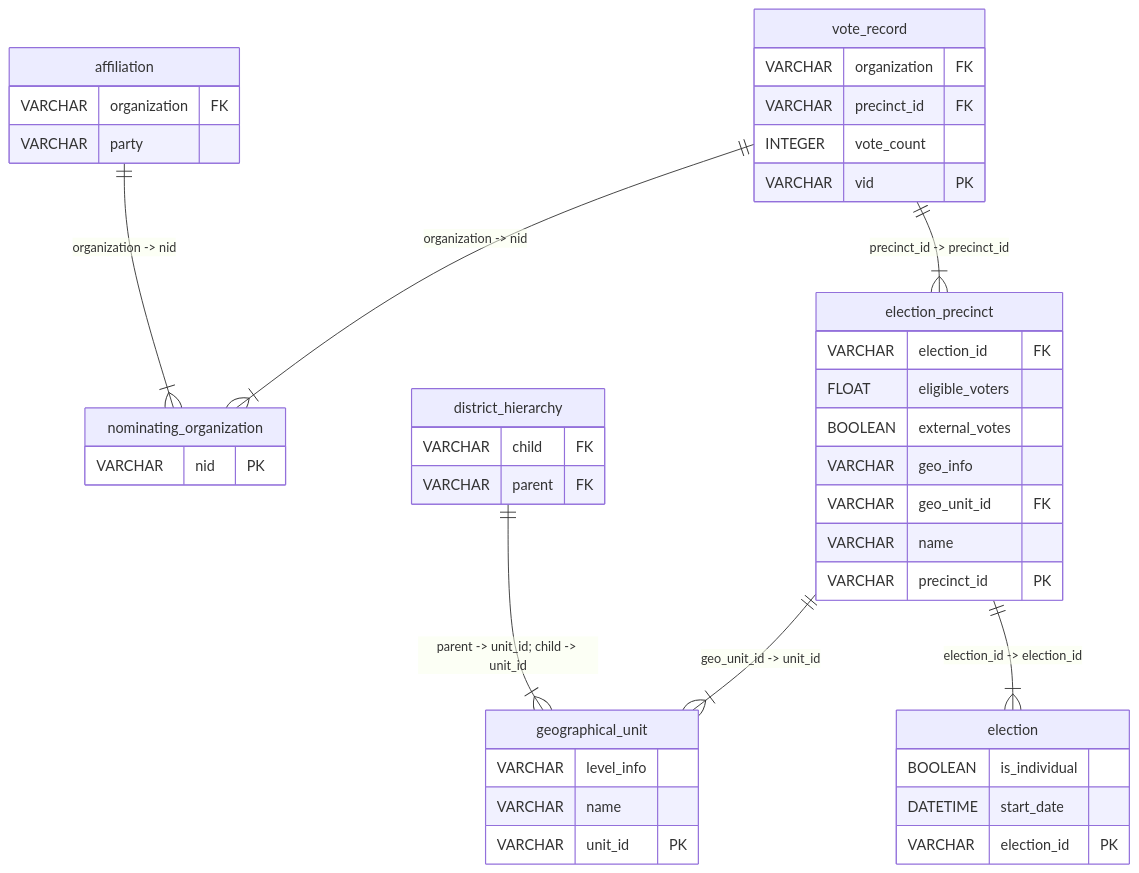
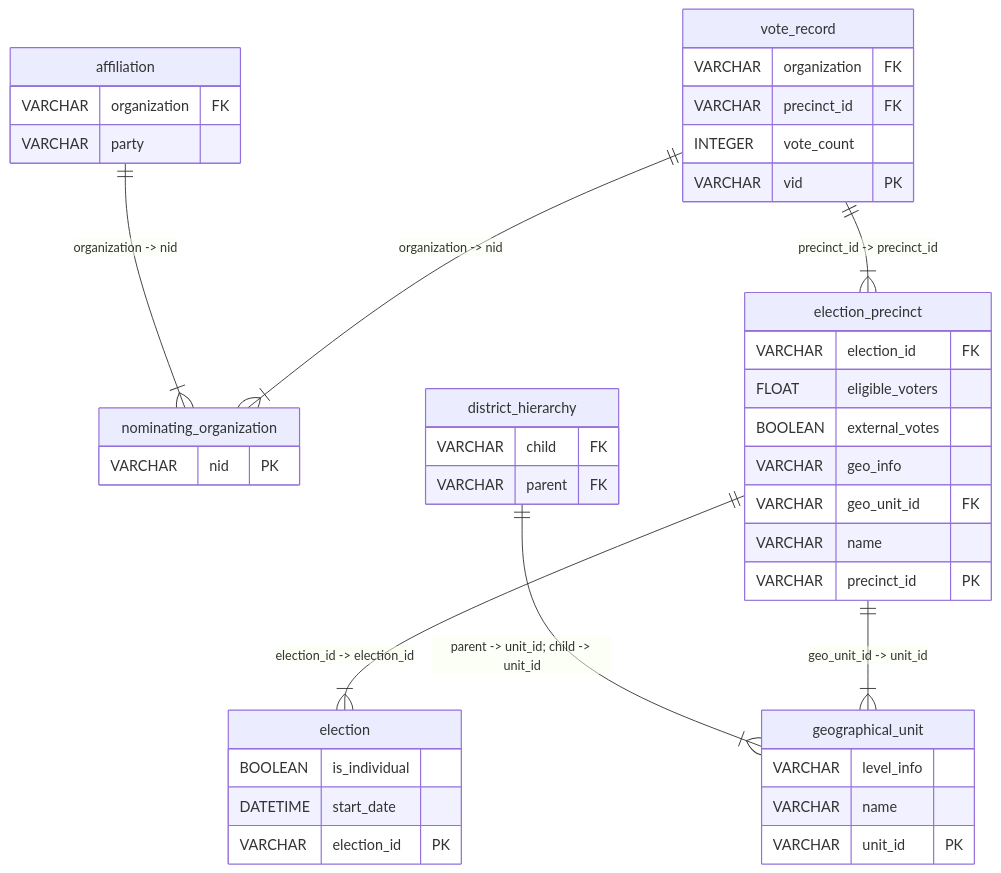
One commit to sscu-budapest/explorer changed the diagram in _sources/dataset-pages/hungarian_elections.md. Above: the diagram before and after it, drawn with Mermaid. The commit also changed other lines of this file and 18 other files, not shown here.

````diff
--- a/_sources/dataset-pages/hungarian_elections.md
+++ b/_sources/dataset-pages/hungarian_elections.md
@@ -22,45 +22,45 @@
 ```{mermaid}
 erDiagram
   affiliation {    
     VARCHAR organization FK     
     VARCHAR party  
   }
   nominating_organization {    
     VARCHAR nid PK 
   }
   district_hierarchy {    
     VARCHAR child FK     
     VARCHAR parent FK 
   }
   geographical_unit {    
     VARCHAR level_info      
     VARCHAR name      
     VARCHAR unit_id PK 
   }
   election {    
     BOOLEAN is_individual      
     DATETIME start_date      
     VARCHAR election_id PK 
   }
   election_precinct {    
     VARCHAR election_id FK     
     FLOAT eligible_voters      
     BOOLEAN external_votes      
     VARCHAR geo_info      
     VARCHAR geo_unit_id FK     
     VARCHAR name      
     VARCHAR precinct_id PK 
   }
   vote_record {    
     VARCHAR organization FK     
     VARCHAR precinct_id FK     
     INTEGER vote_count      
     VARCHAR vid PK 
   }
   affiliation ||--|{ nominating_organization : "organization -> nid"
   district_hierarchy ||--|{ geographical_unit : "parent -> unit_id; child -> unit_id"
+  election_precinct ||--|{ election : "election_id -> election_id"
   election_precinct ||--|{ geographical_unit : "geo_unit_id -> unit_id"
-  election_precinct ||--|{ election : "election_id -> election_id"
+  vote_record ||--|{ election_precinct : "precinct_id -> precinct_id"
   vote_record ||--|{ nominating_organization : "organization -> nid"
-  vote_record ||--|{ election_precinct : "precinct_id -> precinct_id"
 ```
````
